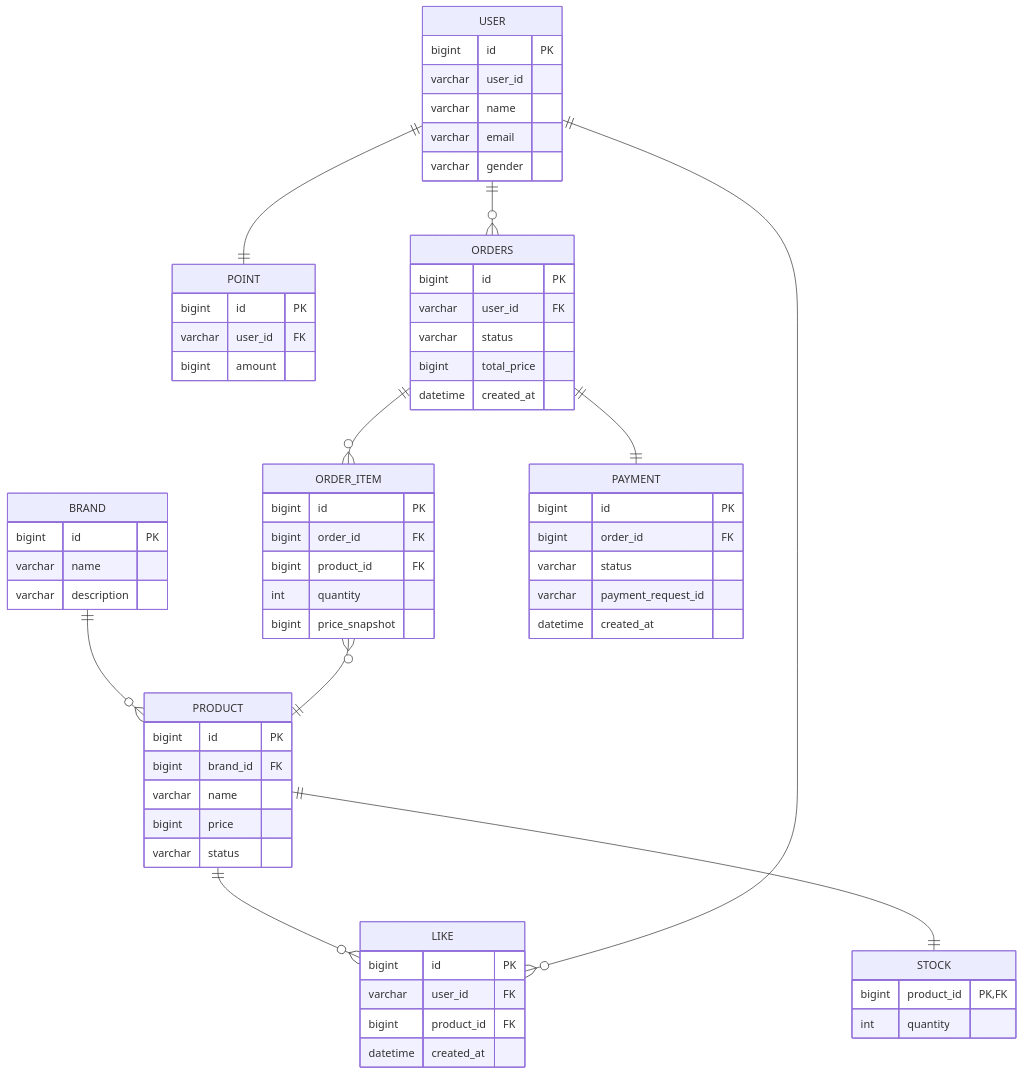
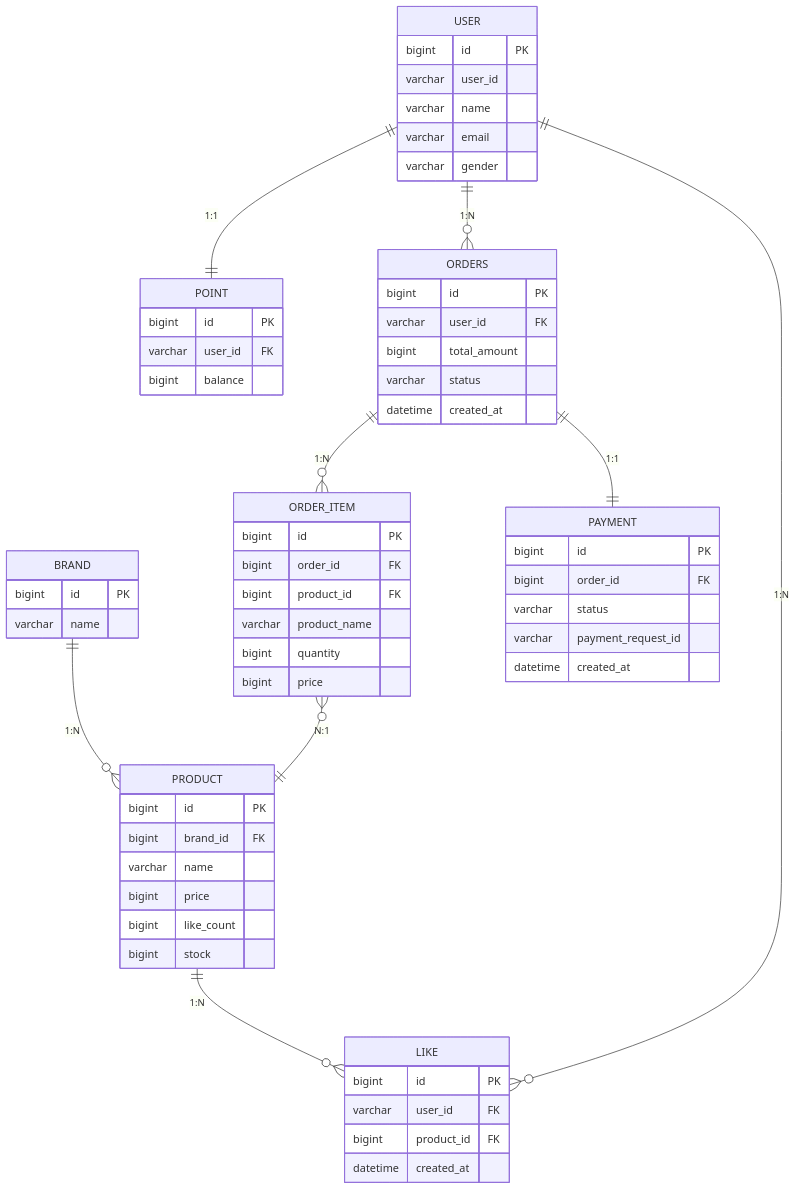
One commit to yeonjiyeon/loopers-spring-java-template changed the diagram in docs/2round/04-erd.md. Above: the diagram before and after it, drawn with Mermaid. The commit also changed other lines of this file and 1 other file, not shown here.

Commit message:
docs : 2round 문서 수정 03-class-diagram.md 04-erd.md

````diff
--- a/docs/2round/04-erd.md
+++ b/docs/2round/04-erd.md
@@ -2,78 +3,72 @@
 ```mermaid
 erDiagram
     USER {
         bigint id PK
         varchar user_id
         varchar name
         varchar email
         varchar gender
     }
 
     POINT {
         bigint id PK
         varchar user_id FK
-        bigint amount
+        bigint balance
     }
 
     BRAND {
         bigint id PK
         varchar name
-        varchar description
     }
 
     PRODUCT {
         bigint id PK
         bigint brand_id FK
         varchar name
         bigint price
-        varchar status
-    }
-
-    STOCK {
-        bigint product_id PK, FK
-        int quantity
+        bigint like_count
+        bigint stock
     }
 
     LIKE {
         bigint id PK
         varchar user_id FK
         bigint product_id FK
         datetime created_at
     }
 
     ORDERS {
         bigint id PK
         varchar user_id FK
+        bigint total_amount
         varchar status
-        bigint total_price
         datetime created_at
     }
 
     ORDER_ITEM {
         bigint id PK
         bigint order_id FK
         bigint product_id FK
-        int quantity
-        bigint price_snapshot
+        varchar product_name
+        bigint quantity
+        bigint price
     }
 
     PAYMENT {
         bigint id PK
         bigint order_id FK
         varchar status
         varchar payment_request_id
         datetime created_at
     }
 
-    %% 관계 설정 (한글 버전)
-    USER ||--|| POINT : ""
-    BRAND ||--o{ PRODUCT : ""
-    PRODUCT ||--|| STOCK : ""
-    PRODUCT ||--o{ LIKE : ""
-    USER ||--o{ LIKE : ""
-    USER ||--o{ ORDERS : ""
-    ORDERS ||--o{ ORDER_ITEM : ""
-    ORDERS ||--|| PAYMENT : ""
-    ORDER_ITEM }o--|| PRODUCT : ""
-
+    %% 관계 (cardinality)
+    USER ||--|| POINT : "1:1"
+    BRAND ||--o{ PRODUCT : "1:N"
+    PRODUCT ||--o{ LIKE : "1:N"
+    USER ||--o{ LIKE : "1:N"
+    USER ||--o{ ORDERS : "1:N"
+    ORDERS ||--o{ ORDER_ITEM : "1:N"
+    ORDER_ITEM }o--|| PRODUCT : "N:1"
+    ORDERS ||--|| PAYMENT : "1:1"
 ```
````
